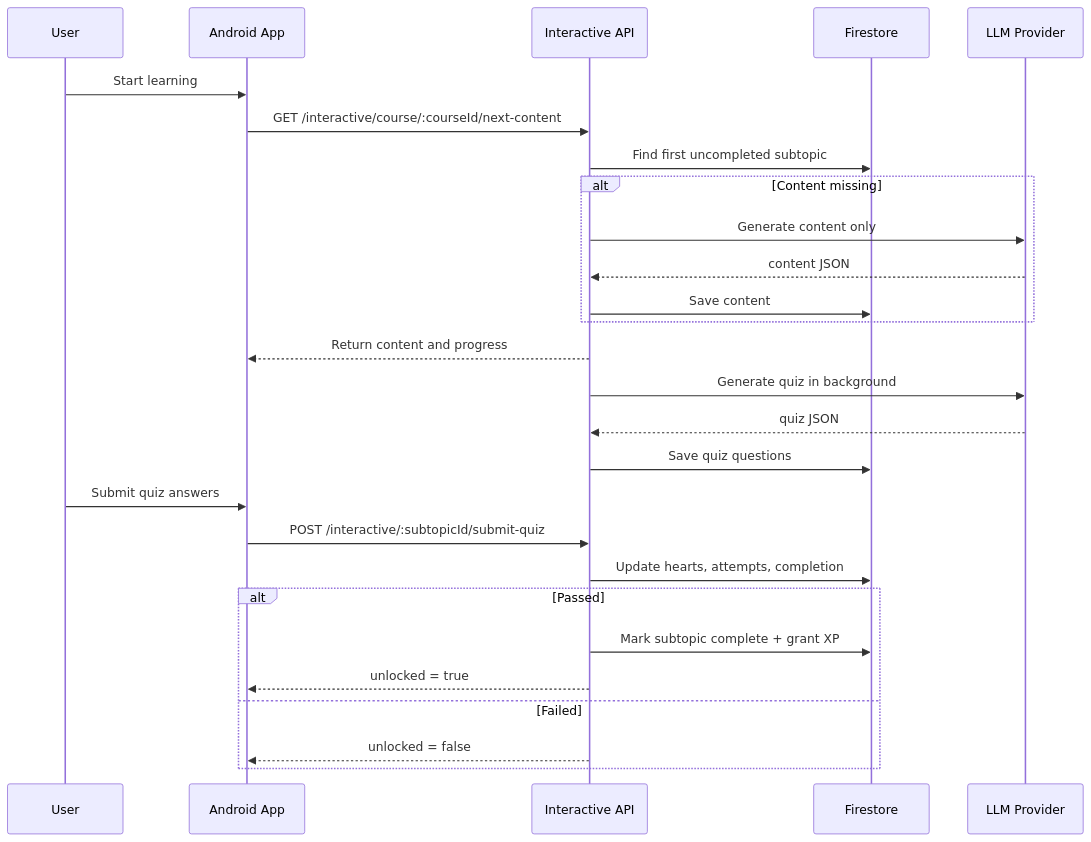
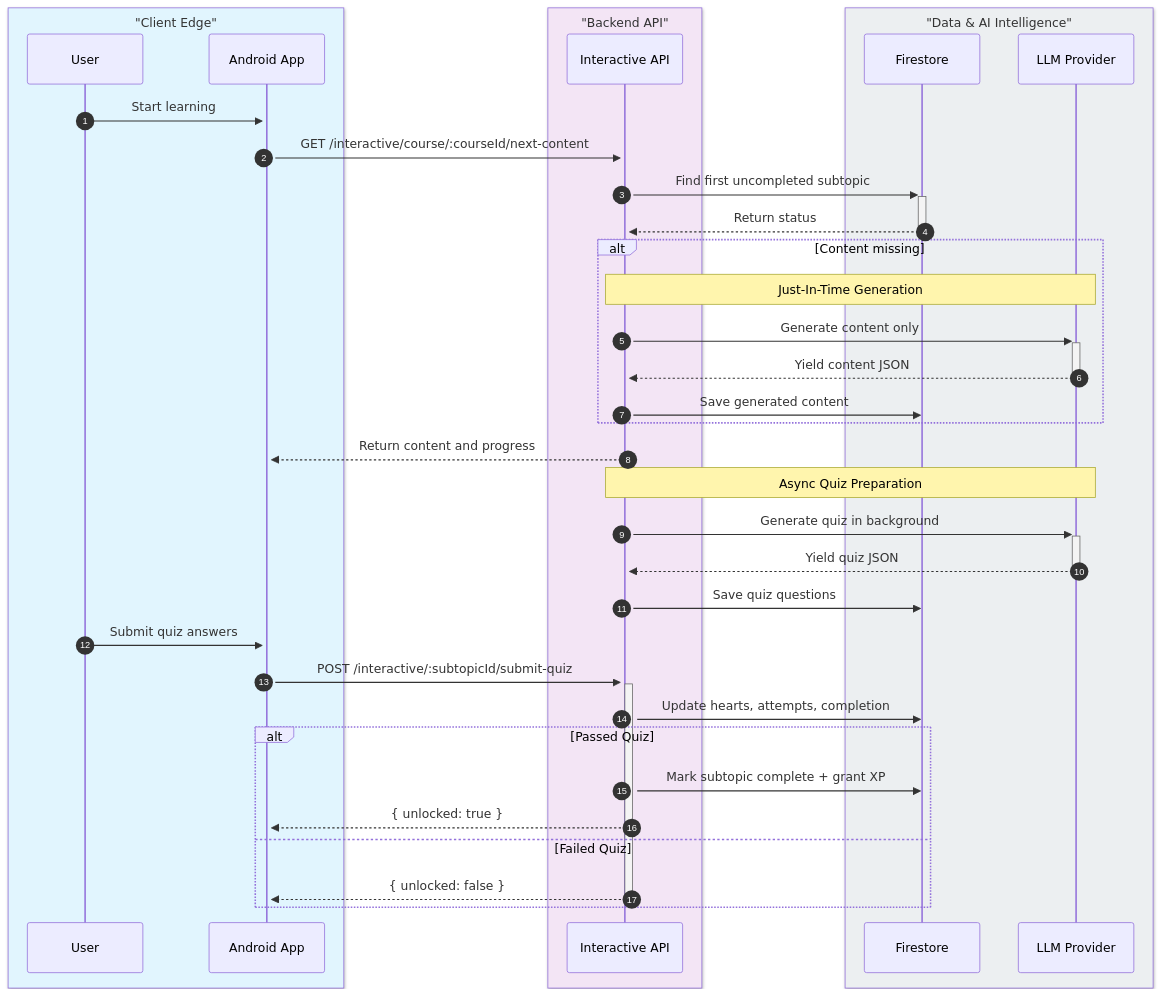
The first of 8 diagrams in ARCHITECTURE.md (codeW-Krish/ai-course-backend), drawn with Mermaid before and after one commit. The commit also changed other lines of this file and 1 other file, not shown here.

Commit message:
update diagram

````diff
--- a/ARCHITECTURE.md
+++ b/ARCHITECTURE.md
@@ -11,34 +18,48 @@
 ```mermaid
 sequenceDiagram
-    participant U as User
-    participant A as Android App
-    participant API as Interactive API
-    participant DB as Firestore
-    participant LLM as LLM Provider
+    autonumber
 
-    U->>A: Start learning
-    A->>API: GET /interactive/course/:courseId/next-content
-    API->>DB: Find first uncompleted subtopic
+    box rgb(225, 245, 254) "Client Edge"
+        participant U as User
+        participant A as Android App
+    end
+    
+    box rgb(243, 229, 245) "Backend API"
+        participant API as Interactive API
+    end
+    
+    box rgb(236, 239, 241) "Data & AI Intelligence"
+        participant DB as Firestore
+        participant LLM as LLM Provider
+    end
+
+    U->>+A: Start learning
+    A->>+API: GET /interactive/course/:courseId/next-content
+    API->>+DB: Find first uncompleted subtopic
+    DB-->>-API: Return status
 
     alt Content missing
-        API->>LLM: Generate content only
-        LLM-->>API: content JSON
-        API->>DB: Save content
+        Note over API,LLM: Just-In-Time Generation
+        API->>+LLM: Generate content only
+        LLM-->>-API: Yield content JSON
+        API->>DB: Save generated content
     end
 
     API-->>A: Return content and progress
-    API->>LLM: Generate quiz in background
-    LLM-->>API: quiz JSON
+    
+    Note over API,LLM: Async Quiz Preparation
+    API->>+LLM: Generate quiz in background
+    LLM-->>-API: Yield quiz JSON
     API->>DB: Save quiz questions
 
     U->>A: Submit quiz answers
-    A->>API: POST /interactive/:subtopicId/submit-quiz
+    A->>+API: POST /interactive/:subtopicId/submit-quiz
     API->>DB: Update hearts, attempts, completion
 
-    alt Passed
+    alt Passed Quiz
         API->>DB: Mark subtopic complete + grant XP
-        API-->>A: unlocked = true
-    else Failed
-        API-->>A: unlocked = false
+        API-->>A: { unlocked: true }
+    else Failed Quiz
+        API-->>-A: { unlocked: false }
     end
 ```
````
